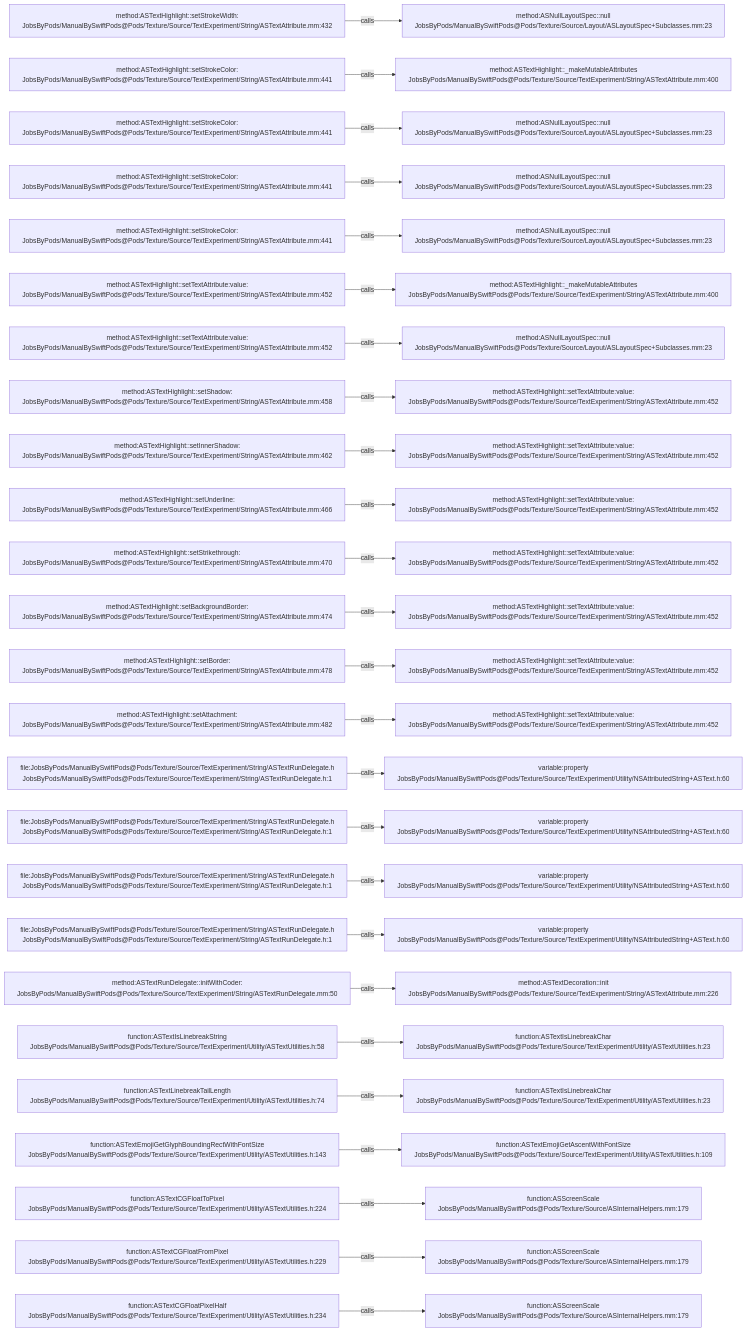
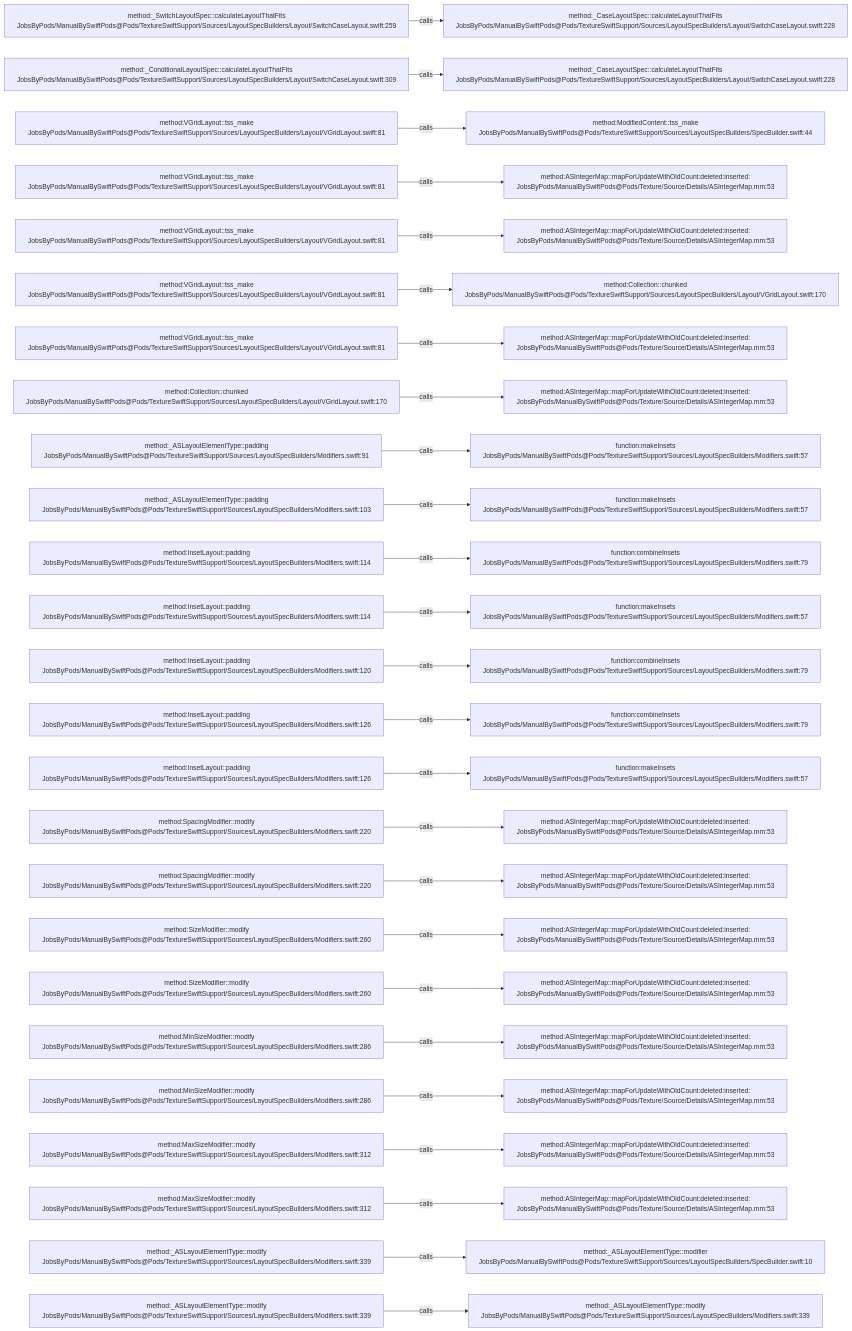
The diagram in .codegraph/codegraph.md/graphs/calls-158.md (JobsKits/JobsSwiftBaseConfigDemo), drawn with Mermaid before and after one commit. The commit also changed 832 other files, not shown here.

````diff
--- a/.codegraph/codegraph.md/graphs/calls-158.md
+++ b/.codegraph/codegraph.md/graphs/calls-158.md
@@ -13,78 +13,78 @@
 ```mermaid
 flowchart LR
-  S1["method:ASTextHighlight::setStrokeWidth:<br/>JobsByPods/ManualBySwiftPods@Pods/Texture/Source/TextExperiment/String/ASTextAttribute.mm:432"]
-  T1["method:ASNullLayoutSpec::null<br/>JobsByPods/ManualBySwiftPods@Pods/Texture/Source/Layout/ASLayoutSpec+Subclasses.mm:23"]
+  S1["method:_SwitchLayoutSpec::calculateLayoutThatFits<br/>JobsByPods/ManualBySwiftPods@Pods/TextureSwiftSupport/Sources/LayoutSpecBuilders/Layout/SwitchCaseLayout.swift:259"]
+  T1["method:_CaseLayoutSpec::calculateLayoutThatFits<br/>JobsByPods/ManualBySwiftPods@Pods/TextureSwiftSupport/Sources/LayoutSpecBuilders/Layout/SwitchCaseLayout.swift:228"]
   S1 -->|calls| T1
-  S2["method:ASTextHighlight::setStrokeColor:<br/>JobsByPods/ManualBySwiftPods@Pods/Texture/Source/TextExperiment/String/ASTextAttribute.mm:441"]
-  T2["method:ASTextHighlight::_makeMutableAttributes<br/>JobsByPods/ManualBySwiftPods@Pods/Texture/Source/TextExperiment/String/ASTextAttribute.mm:400"]
+  S2["method:_ConditionalLayoutSpec::calculateLayoutThatFits<br/>JobsByPods/ManualBySwiftPods@Pods/TextureSwiftSupport/Sources/LayoutSpecBuilders/Layout/SwitchCaseLayout.swift:309"]
+  T2["method:_CaseLayoutSpec::calculateLayoutThatFits<br/>JobsByPods/ManualBySwiftPods@Pods/TextureSwiftSupport/Sources/LayoutSpecBuilders/Layout/SwitchCaseLayout.swift:228"]
   S2 -->|calls| T2
-  S3["method:ASTextHighlight::setStrokeColor:<br/>JobsByPods/ManualBySwiftPods@Pods/Texture/Source/TextExperiment/String/ASTextAttribute.mm:441"]
-  T3["method:ASNullLayoutSpec::null<br/>JobsByPods/ManualBySwiftPods@Pods/Texture/Source/Layout/ASLayoutSpec+Subclasses.mm:23"]
+  S3["method:VGridLayout::tss_make<br/>JobsByPods/ManualBySwiftPods@Pods/TextureSwiftSupport/Sources/LayoutSpecBuilders/Layout/VGridLayout.swift:81"]
+  T3["method:ModifiedContent::tss_make<br/>JobsByPods/ManualBySwiftPods@Pods/TextureSwiftSupport/Sources/LayoutSpecBuilders/SpecBuilder.swift:44"]
   S3 -->|calls| T3
-  S4["method:ASTextHighlight::setStrokeColor:<br/>JobsByPods/ManualBySwiftPods@Pods/Texture/Source/TextExperiment/String/ASTextAttribute.mm:441"]
-  T4["method:ASNullLayoutSpec::null<br/>JobsByPods/ManualBySwiftPods@Pods/Texture/Source/Layout/ASLayoutSpec+Subclasses.mm:23"]
+  S4["method:VGridLayout::tss_make<br/>JobsByPods/ManualBySwiftPods@Pods/TextureSwiftSupport/Sources/LayoutSpecBuilders/Layout/VGridLayout.swift:81"]
+  T4["method:ASIntegerMap::mapForUpdateWithOldCount:deleted:inserted:<br/>JobsByPods/ManualBySwiftPods@Pods/Texture/Source/Details/ASIntegerMap.mm:53"]
   S4 -->|calls| T4
-  S5["method:ASTextHighlight::setStrokeColor:<br/>JobsByPods/ManualBySwiftPods@Pods/Texture/Source/TextExperiment/String/ASTextAttribute.mm:441"]
-  T5["method:ASNullLayoutSpec::null<br/>JobsByPods/ManualBySwiftPods@Pods/Texture/Source/Layout/ASLayoutSpec+Subclasses.mm:23"]
+  S5["method:VGridLayout::tss_make<br/>JobsByPods/ManualBySwiftPods@Pods/TextureSwiftSupport/Sources/LayoutSpecBuilders/Layout/VGridLayout.swift:81"]
+  T5["method:ASIntegerMap::mapForUpdateWithOldCount:deleted:inserted:<br/>JobsByPods/ManualBySwiftPods@Pods/Texture/Source/Details/ASIntegerMap.mm:53"]
   S5 -->|calls| T5
-  S6["method:ASTextHighlight::setTextAttribute:value:<br/>JobsByPods/ManualBySwiftPods@Pods/Texture/Source/TextExperiment/String/ASTextAttribute.mm:452"]
-  T6["method:ASTextHighlight::_makeMutableAttributes<br/>JobsByPods/ManualBySwiftPods@Pods/Texture/Source/TextExperiment/String/ASTextAttribute.mm:400"]
+  S6["method:VGridLayout::tss_make<br/>JobsByPods/ManualBySwiftPods@Pods/TextureSwiftSupport/Sources/LayoutSpecBuilders/Layout/VGridLayout.swift:81"]
+  T6["method:Collection::chunked<br/>JobsByPods/ManualBySwiftPods@Pods/TextureSwiftSupport/Sources/LayoutSpecBuilders/Layout/VGridLayout.swift:170"]
   S6 -->|calls| T6
-  S7["method:ASTextHighlight::setTextAttribute:value:<br/>JobsByPods/ManualBySwiftPods@Pods/Texture/Source/TextExperiment/String/ASTextAttribute.mm:452"]
-  T7["method:ASNullLayoutSpec::null<br/>JobsByPods/ManualBySwiftPods@Pods/Texture/Source/Layout/ASLayoutSpec+Subclasses.mm:23"]
+  S7["method:VGridLayout::tss_make<br/>JobsByPods/ManualBySwiftPods@Pods/TextureSwiftSupport/Sources/LayoutSpecBuilders/Layout/VGridLayout.swift:81"]
+  T7["method:ASIntegerMap::mapForUpdateWithOldCount:deleted:inserted:<br/>JobsByPods/ManualBySwiftPods@Pods/Texture/Source/Details/ASIntegerMap.mm:53"]
   S7 -->|calls| T7
-  S8["method:ASTextHighlight::setShadow:<br/>JobsByPods/ManualBySwiftPods@Pods/Texture/Source/TextExperiment/String/ASTextAttribute.mm:458"]
-  T8["method:ASTextHighlight::setTextAttribute:value:<br/>JobsByPods/ManualBySwiftPods@Pods/Texture/Source/TextExperiment/String/ASTextAttribute.mm:452"]
+  S8["method:Collection::chunked<br/>JobsByPods/ManualBySwiftPods@Pods/TextureSwiftSupport/Sources/LayoutSpecBuilders/Layout/VGridLayout.swift:170"]
+  T8["method:ASIntegerMap::mapForUpdateWithOldCount:deleted:inserted:<br/>JobsByPods/ManualBySwiftPods@Pods/Texture/Source/Details/ASIntegerMap.mm:53"]
   S8 -->|calls| T8
-  S9["method:ASTextHighlight::setInnerShadow:<br/>JobsByPods/ManualBySwiftPods@Pods/Texture/Source/TextExperiment/String/ASTextAttribute.mm:462"]
-  T9["method:ASTextHighlight::setTextAttribute:value:<br/>JobsByPods/ManualBySwiftPods@Pods/Texture/Source/TextExperiment/String/ASTextAttribute.mm:452"]
+  S9["method:_ASLayoutElementType::padding<br/>JobsByPods/ManualBySwiftPods@Pods/TextureSwiftSupport/Sources/LayoutSpecBuilders/Modifiers.swift:91"]
+  T9["function:makeInsets<br/>JobsByPods/ManualBySwiftPods@Pods/TextureSwiftSupport/Sources/LayoutSpecBuilders/Modifiers.swift:57"]
   S9 -->|calls| T9
-  S10["method:ASTextHighlight::setUnderline:<br/>JobsByPods/ManualBySwiftPods@Pods/Texture/Source/TextExperiment/String/ASTextAttribute.mm:466"]
-  T10["method:ASTextHighlight::setTextAttribute:value:<br/>JobsByPods/ManualBySwiftPods@Pods/Texture/Source/TextExperiment/String/ASTextAttribute.mm:452"]
+  S10["method:_ASLayoutElementType::padding<br/>JobsByPods/ManualBySwiftPods@Pods/TextureSwiftSupport/Sources/LayoutSpecBuilders/Modifiers.swift:103"]
+  T10["function:makeInsets<br/>JobsByPods/ManualBySwiftPods@Pods/TextureSwiftSupport/Sources/LayoutSpecBuilders/Modifiers.swift:57"]
   S10 -->|calls| T10
-  S11["method:ASTextHighlight::setStrikethrough:<br/>JobsByPods/ManualBySwiftPods@Pods/Texture/Source/TextExperiment/String/ASTextAttribute.mm:470"]
-  T11["method:ASTextHighlight::setTextAttribute:value:<br/>JobsByPods/ManualBySwiftPods@Pods/Texture/Source/TextExperiment/String/ASTextAttribute.mm:452"]
+  S11["method:InsetLayout::padding<br/>JobsByPods/ManualBySwiftPods@Pods/TextureSwiftSupport/Sources/LayoutSpecBuilders/Modifiers.swift:114"]
+  T11["function:combineInsets<br/>JobsByPods/ManualBySwiftPods@Pods/TextureSwiftSupport/Sources/LayoutSpecBuilders/Modifiers.swift:79"]
   S11 -->|calls| T11
-  S12["method:ASTextHighlight::setBackgroundBorder:<br/>JobsByPods/ManualBySwiftPods@Pods/Texture/Source/TextExperiment/String/ASTextAttribute.mm:474"]
-  T12["method:ASTextHighlight::setTextAttribute:value:<br/>JobsByPods/ManualBySwiftPods@Pods/Texture/Source/TextExperiment/String/ASTextAttribute.mm:452"]
+  S12["method:InsetLayout::padding<br/>JobsByPods/ManualBySwiftPods@Pods/TextureSwiftSupport/Sources/LayoutSpecBuilders/Modifiers.swift:114"]
+  T12["function:makeInsets<br/>JobsByPods/ManualBySwiftPods@Pods/TextureSwiftSupport/Sources/LayoutSpecBuilders/Modifiers.swift:57"]
   S12 -->|calls| T12
-  S13["method:ASTextHighlight::setBorder:<br/>JobsByPods/ManualBySwiftPods@Pods/Texture/Source/TextExperiment/String/ASTextAttribute.mm:478"]
-  T13["method:ASTextHighlight::setTextAttribute:value:<br/>JobsByPods/ManualBySwiftPods@Pods/Texture/Source/TextExperiment/String/ASTextAttribute.mm:452"]
+  S13["method:InsetLayout::padding<br/>JobsByPods/ManualBySwiftPods@Pods/TextureSwiftSupport/Sources/LayoutSpecBuilders/Modifiers.swift:120"]
+  T13["function:combineInsets<br/>JobsByPods/ManualBySwiftPods@Pods/TextureSwiftSupport/Sources/LayoutSpecBuilders/Modifiers.swift:79"]
   S13 -->|calls| T13
-  S14["method:ASTextHighlight::setAttachment:<br/>JobsByPods/ManualBySwiftPods@Pods/Texture/Source/TextExperiment/String/ASTextAttribute.mm:482"]
-  T14["method:ASTextHighlight::setTextAttribute:value:<br/>JobsByPods/ManualBySwiftPods@Pods/Texture/Source/TextExperiment/String/ASTextAttribute.mm:452"]
+  S14["method:InsetLayout::padding<br/>JobsByPods/ManualBySwiftPods@Pods/TextureSwiftSupport/Sources/LayoutSpecBuilders/Modifiers.swift:126"]
+  T14["function:combineInsets<br/>JobsByPods/ManualBySwiftPods@Pods/TextureSwiftSupport/Sources/LayoutSpecBuilders/Modifiers.swift:79"]
   S14 -->|calls| T14
-  S15["file:JobsByPods/ManualBySwiftPods@Pods/Texture/Source/TextExperiment/String/ASTextRunDelegate.h<br/>JobsByPods/ManualBySwiftPods@Pods/Texture/Source/TextExperiment/String/ASTextRunDelegate.h:1"]
-  T15["variable:property<br/>JobsByPods/ManualBySwiftPods@Pods/Texture/Source/TextExperiment/Utility/NSAttributedString+ASText.h:60"]
+  S15["method:InsetLayout::padding<br/>JobsByPods/ManualBySwiftPods@Pods/TextureSwiftSupport/Sources/LayoutSpecBuilders/Modifiers.swift:126"]
+  T15["function:makeInsets<br/>JobsByPods/ManualBySwiftPods@Pods/TextureSwiftSupport/Sources/LayoutSpecBuilders/Modifiers.swift:57"]
   S15 -->|calls| T15
-  S16["file:JobsByPods/ManualBySwiftPods@Pods/Texture/Source/TextExperiment/String/ASTextRunDelegate.h<br/>JobsByPods/ManualBySwiftPods@Pods/Texture/Source/TextExperiment/String/ASTextRunDelegate.h:1"]
-  T16["variable:property<br/>JobsByPods/ManualBySwiftPods@Pods/Texture/Source/TextExperiment/Utility/NSAttributedString+ASText.h:60"]
+  S16["method:SpacingModifier::modify<br/>JobsByPods/ManualBySwiftPods@Pods/TextureSwiftSupport/Sources/LayoutSpecBuilders/Modifiers.swift:220"]
+  T16["method:ASIntegerMap::mapForUpdateWithOldCount:deleted:inserted:<br/>JobsByPods/ManualBySwiftPods@Pods/Texture/Source/Details/ASIntegerMap.mm:53"]
   S16 -->|calls| T16
-  S17["file:JobsByPods/ManualBySwiftPods@Pods/Texture/Source/TextExperiment/String/ASTextRunDelegate.h<br/>JobsByPods/ManualBySwiftPods@Pods/Texture/Source/TextExperiment/String/ASTextRunDelegate.h:1"]
-  T17["variable:property<br/>JobsByPods/ManualBySwiftPods@Pods/Texture/Source/TextExperiment/Utility/NSAttributedString+ASText.h:60"]
+  S17["method:SpacingModifier::modify<br/>JobsByPods/ManualBySwiftPods@Pods/TextureSwiftSupport/Sources/LayoutSpecBuilders/Modifiers.swift:220"]
+  T17["method:ASIntegerMap::mapForUpdateWithOldCount:deleted:inserted:<br/>JobsByPods/ManualBySwiftPods@Pods/Texture/Source/Details/ASIntegerMap.mm:53"]
   S17 -->|calls| T17
-  S18["file:JobsByPods/ManualBySwiftPods@Pods/Texture/Source/TextExperiment/String/ASTextRunDelegate.h<br/>JobsByPods/ManualBySwiftPods@Pods/Texture/Source/TextExperiment/String/ASTextRunDelegate.h:1"]
-  T18["variable:property<br/>JobsByPods/ManualBySwiftPods@Pods/Texture/Source/TextExperiment/Utility/NSAttributedString+ASText.h:60"]
+  S18["method:SizeModifier::modify<br/>JobsByPods/ManualBySwiftPods@Pods/TextureSwiftSupport/Sources/LayoutSpecBuilders/Modifiers.swift:260"]
+  T18["method:ASIntegerMap::mapForUpdateWithOldCount:deleted:inserted:<br/>JobsByPods/ManualBySwiftPods@Pods/Texture/Source/Details/ASIntegerMap.mm:53"]
   S18 -->|calls| T18
-  S19["method:ASTextRunDelegate::initWithCoder:<br/>JobsByPods/ManualBySwiftPods@Pods/Texture/Source/TextExperiment/String/ASTextRunDelegate.mm:50"]
-  T19["method:ASTextDecoration::init<br/>JobsByPods/ManualBySwiftPods@Pods/Texture/Source/TextExperiment/String/ASTextAttribute.mm:226"]
+  S19["method:SizeModifier::modify<br/>JobsByPods/ManualBySwiftPods@Pods/TextureSwiftSupport/Sources/LayoutSpecBuilders/Modifiers.swift:260"]
+  T19["method:ASIntegerMap::mapForUpdateWithOldCount:deleted:inserted:<br/>JobsByPods/ManualBySwiftPods@Pods/Texture/Source/Details/ASIntegerMap.mm:53"]
   S19 -->|calls| T19
-  S20["function:ASTextIsLinebreakString<br/>JobsByPods/ManualBySwiftPods@Pods/Texture/Source/TextExperiment/Utility/ASTextUtilities.h:58"]
-  T20["function:ASTextIsLinebreakChar<br/>JobsByPods/ManualBySwiftPods@Pods/Texture/Source/TextExperiment/Utility/ASTextUtilities.h:23"]
+  S20["method:MinSizeModifier::modify<br/>JobsByPods/ManualBySwiftPods@Pods/TextureSwiftSupport/Sources/LayoutSpecBuilders/Modifiers.swift:286"]
+  T20["method:ASIntegerMap::mapForUpdateWithOldCount:deleted:inserted:<br/>JobsByPods/ManualBySwiftPods@Pods/Texture/Source/Details/ASIntegerMap.mm:53"]
   S20 -->|calls| T20
-  S21["function:ASTextLinebreakTailLength<br/>JobsByPods/ManualBySwiftPods@Pods/Texture/Source/TextExperiment/Utility/ASTextUtilities.h:74"]
-  T21["function:ASTextIsLinebreakChar<br/>JobsByPods/ManualBySwiftPods@Pods/Texture/Source/TextExperiment/Utility/ASTextUtilities.h:23"]
+  S21["method:MinSizeModifier::modify<br/>JobsByPods/ManualBySwiftPods@Pods/TextureSwiftSupport/Sources/LayoutSpecBuilders/Modifiers.swift:286"]
+  T21["method:ASIntegerMap::mapForUpdateWithOldCount:deleted:inserted:<br/>JobsByPods/ManualBySwiftPods@Pods/Texture/Source/Details/ASIntegerMap.mm:53"]
   S21 -->|calls| T21
-  S22["function:ASTextEmojiGetGlyphBoundingRectWithFontSize<br/>JobsByPods/ManualBySwiftPods@Pods/Texture/Source/TextExperiment/Utility/ASTextUtilities.h:143"]
-  T22["function:ASTextEmojiGetAscentWithFontSize<br/>JobsByPods/ManualBySwiftPods@Pods/Texture/Source/TextExperiment/Utility/ASTextUtilities.h:109"]
+  S22["method:MaxSizeModifier::modify<br/>JobsByPods/ManualBySwiftPods@Pods/TextureSwiftSupport/Sources/LayoutSpecBuilders/Modifiers.swift:312"]
+  T22["method:ASIntegerMap::mapForUpdateWithOldCount:deleted:inserted:<br/>JobsByPods/ManualBySwiftPods@Pods/Texture/Source/Details/ASIntegerMap.mm:53"]
   S22 -->|calls| T22
-  S23["function:ASTextCGFloatToPixel<br/>JobsByPods/ManualBySwiftPods@Pods/Texture/Source/TextExperiment/Utility/ASTextUtilities.h:224"]
-  T23["function:ASScreenScale<br/>JobsByPods/ManualBySwiftPods@Pods/Texture/Source/ASInternalHelpers.mm:179"]
+  S23["method:MaxSizeModifier::modify<br/>JobsByPods/ManualBySwiftPods@Pods/TextureSwiftSupport/Sources/LayoutSpecBuilders/Modifiers.swift:312"]
+  T23["method:ASIntegerMap::mapForUpdateWithOldCount:deleted:inserted:<br/>JobsByPods/ManualBySwiftPods@Pods/Texture/Source/Details/ASIntegerMap.mm:53"]
   S23 -->|calls| T23
-  S24["function:ASTextCGFloatFromPixel<br/>JobsByPods/ManualBySwiftPods@Pods/Texture/Source/TextExperiment/Utility/ASTextUtilities.h:229"]
-  T24["function:ASScreenScale<br/>JobsByPods/ManualBySwiftPods@Pods/Texture/Source/ASInternalHelpers.mm:179"]
+  S24["method:_ASLayoutElementType::modify<br/>JobsByPods/ManualBySwiftPods@Pods/TextureSwiftSupport/Sources/LayoutSpecBuilders/Modifiers.swift:339"]
+  T24["method:_ASLayoutElementType::modifier<br/>JobsByPods/ManualBySwiftPods@Pods/TextureSwiftSupport/Sources/LayoutSpecBuilders/SpecBuilder.swift:10"]
   S24 -->|calls| T24
-  S25["function:ASTextCGFloatPixelHalf<br/>JobsByPods/ManualBySwiftPods@Pods/Texture/Source/TextExperiment/Utility/ASTextUtilities.h:234"]
-  T25["function:ASScreenScale<br/>JobsByPods/ManualBySwiftPods@Pods/Texture/Source/ASInternalHelpers.mm:179"]
+  S25["method:_ASLayoutElementType::modify<br/>JobsByPods/ManualBySwiftPods@Pods/TextureSwiftSupport/Sources/LayoutSpecBuilders/Modifiers.swift:339"]
+  T25["method:_ASLayoutElementType::modify<br/>JobsByPods/ManualBySwiftPods@Pods/TextureSwiftSupport/Sources/LayoutSpecBuilders/Modifiers.swift:339"]
   S25 -->|calls| T25
 ```
````
